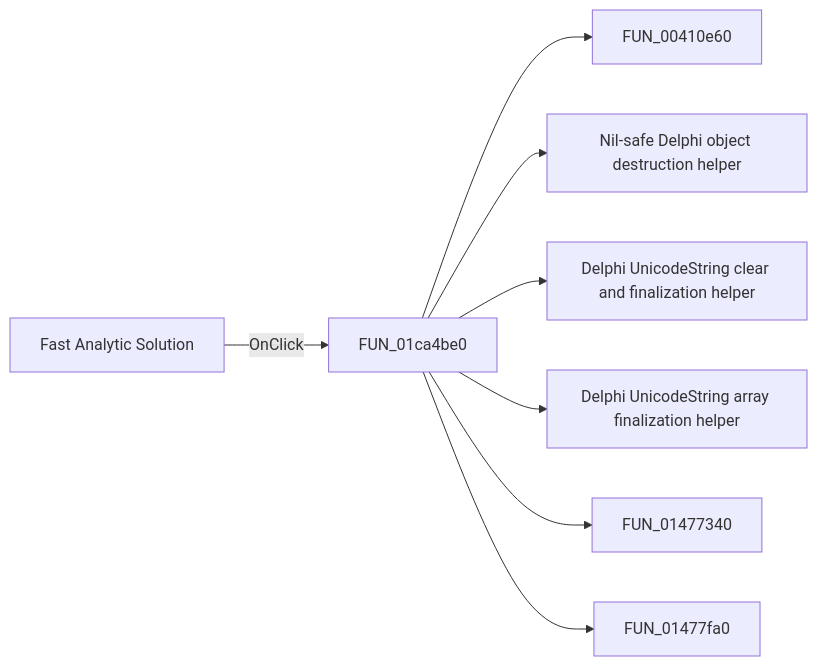
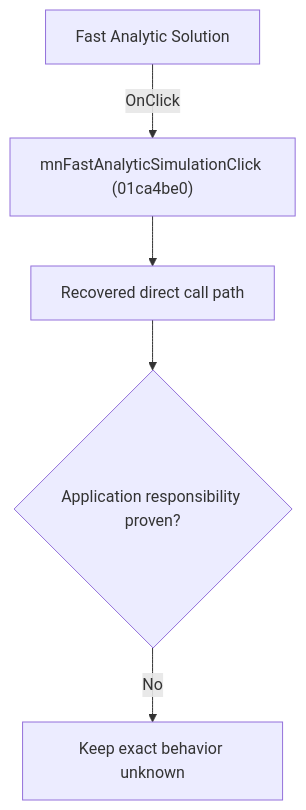
The diagram in docs/ui-controls/schematiceditor/mnfastanalyticsimulation-d0e26d2a99.md (MovGP0/TIARA), drawn with Mermaid before and after one commit. The commit also changed other lines of this file and 1062 other files, not shown here.

````diff
--- a/docs/ui-controls/schematiceditor/mnfastanalyticsimulation-d0e26d2a99.md
+++ b/docs/ui-controls/schematiceditor/mnfastanalyticsimulation-d0e26d2a99.md
@@ -27,10 +27,7 @@
 ```mermaid
-flowchart LR
-    control["Fast Analytic Solution"] -->|OnClick| handler["FUN_01ca4be0"]
-    handler --> call1["FUN_00410e60"]
-    handler --> call2["Nil-safe Delphi object destruction helper"]
-    handler --> call3["Delphi UnicodeString clear and finalization helper"]
-    handler --> call4["Delphi UnicodeString array finalization helper"]
-    handler --> call5["FUN_01477340"]
-    handler --> call6["FUN_01477fa0"]
+flowchart TD
+    control["Fast Analytic Solution"] -->|"OnClick"| handler["mnFastAnalyticSimulationClick (01ca4be0)"]
+    handler --> recovered["Recovered direct call path"]
+    recovered --> gap{"Application responsibility proven?"}
+    gap -->|"No"| blocked["Keep exact behavior unknown"]
 ```
````
